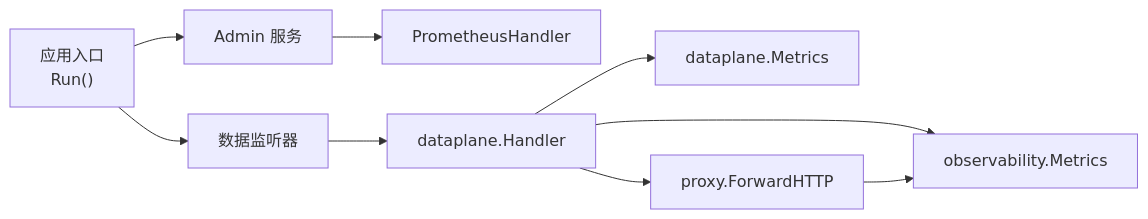
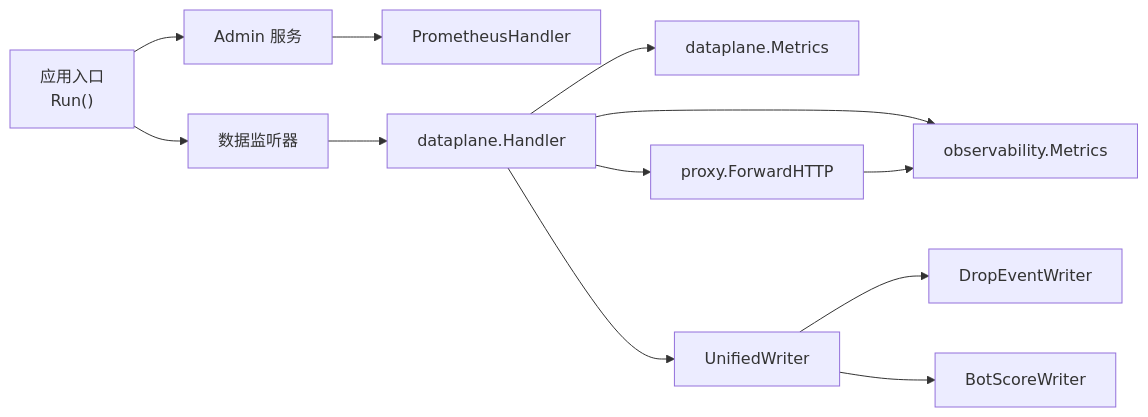
One commit to x01n/My-OpenWaf changed the ninth of 9 diagrams in docs/监控与可观测性/性能指标收集.md. Above: the diagram before and after it, drawn with Mermaid. The commit also changed other lines of this file and 199 other files, not shown here.

````diff
--- a/docs/监控与可观测性/性能指标收集.md
+++ b/docs/监控与可观测性/性能指标收集.md
@@ -280,11 +400,14 @@
 ```mermaid
 graph LR
 App["应用入口<br/>Run()"] --> Admin["Admin 服务"]
 App --> Data["数据监听器"]
 Admin --> Prom["PrometheusHandler"]
 Data --> Handler["dataplane.Handler"]
 Handler --> MetricsDP["dataplane.Metrics"]
 Handler --> Proxy["proxy.ForwardHTTP"]
 Handler --> MetricsCtrl["observability.Metrics"]
+Handler --> UE["UnifiedWriter"]
+UE --> DEW["DropEventWriter"]
+UE --> BSW["BotScoreWriter"]
 Proxy --> MetricsCtrl
 ```
````
